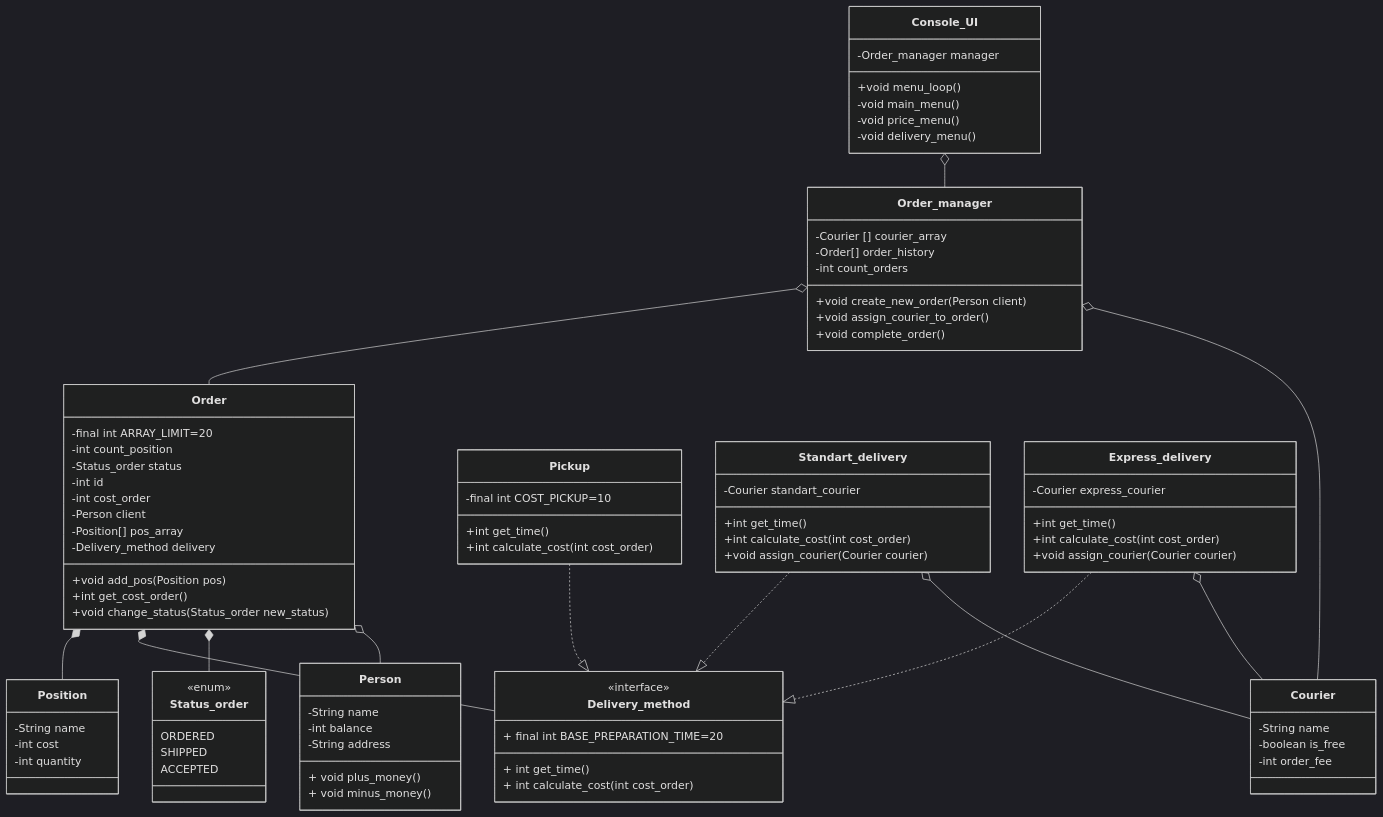
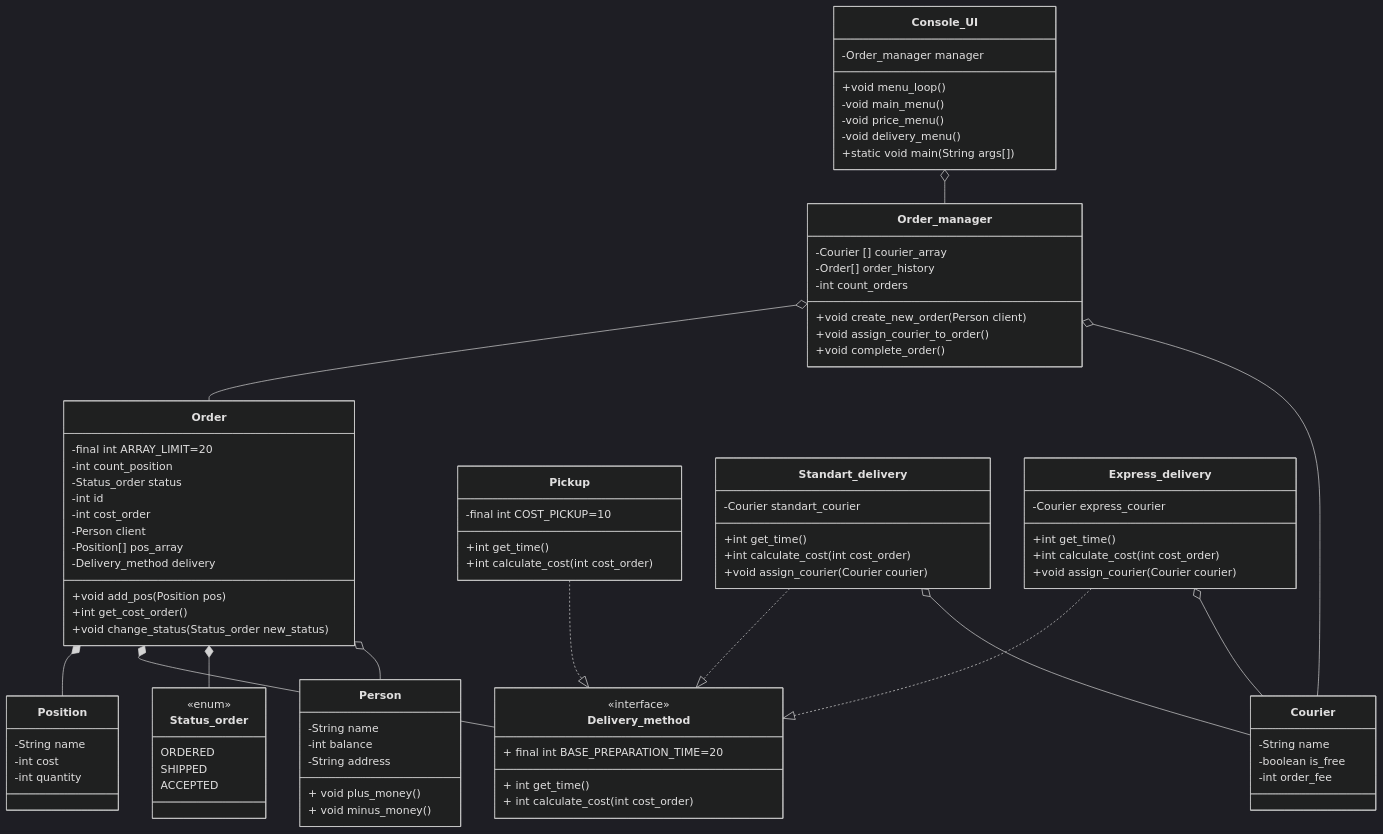
One commit to kirillkushaev2007-boop/Labaratory1 changed the diagram in README.md. Above: the diagram before and after it, drawn with Mermaid (dark theme).

Commit message:
Update README.md
added main in Console_UI

```diff
--- a/README.md
+++ b/README.md
@@ -97,6 +97,7 @@
          %% Меню блюд
       -void delivery_menu()
         %% Меню доставки
+     +static void main(String args[])
          }
    
    %% Связи заказа
```
